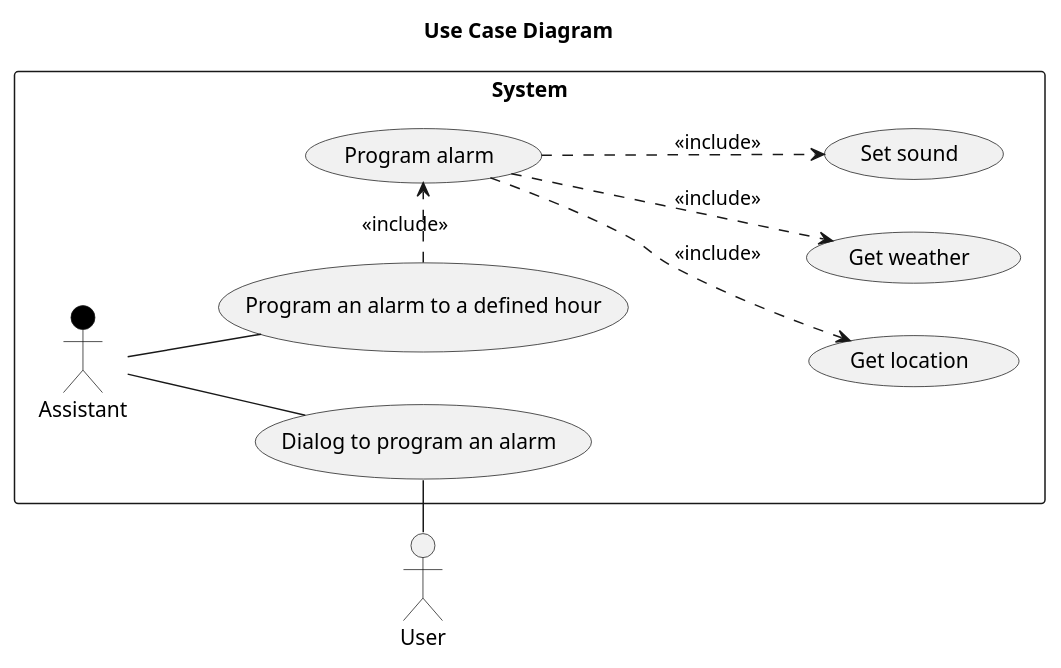
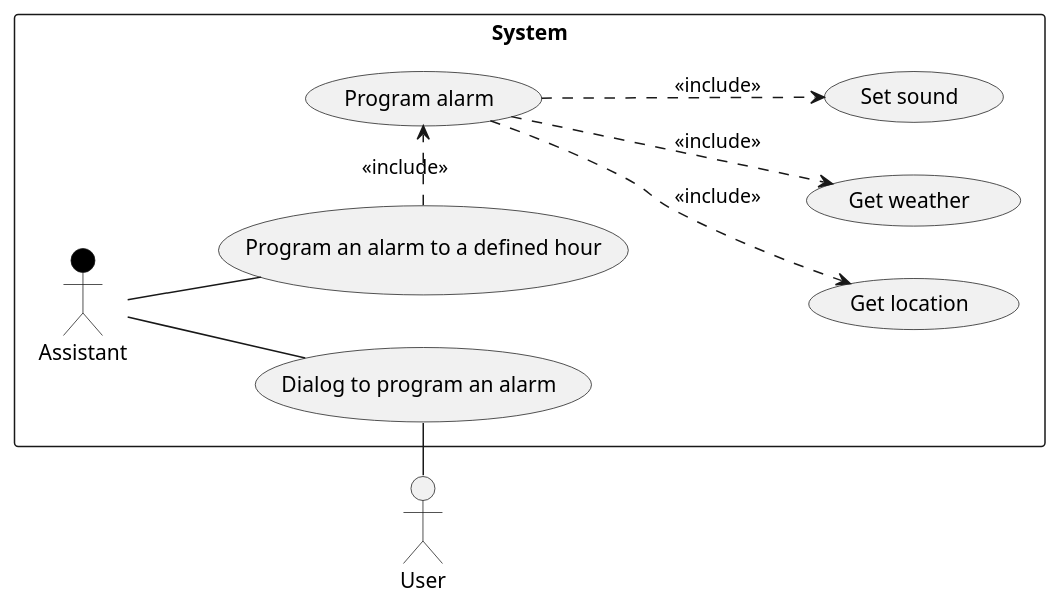
Before and after one commit to alexandre-lelain/ihme-agent-assistant: the diagram in docs/conception/source/usecaseDiagram.puml, drawn with PlantUML. The commit also changed 7 other files, not shown here.

Commit message:
Passage sur diagrammes UML

```diff
--- a/docs/conception/source/usecaseDiagram.puml
+++ b/docs/conception/source/usecaseDiagram.puml
@@ -1,22 +1,21 @@
 @startuml
 
-title Use Case Diagram 
 left to right direction
 
 actor :User: as user
 
 rectangle System {
     actor :Assistant: as agent #black
     
     (Dialog to program an alarm) as usecase0
     (Program an alarm to a defined hour) as usecase1
     user -right- usecase0
     agent -- usecase1
     agent -- usecase0
     
     usecase1 .> (Program alarm) : <<include>>
     (Program alarm) .-> (Get location) : <<include>>
     (Program alarm) .-> (Get weather) : <<include>>
     (Program alarm) .-> (Set sound) : <<include>>
 }
 @enduml
```
